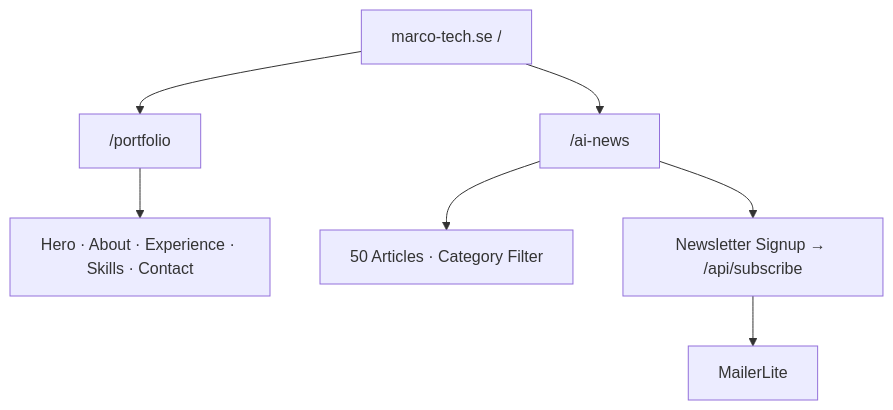
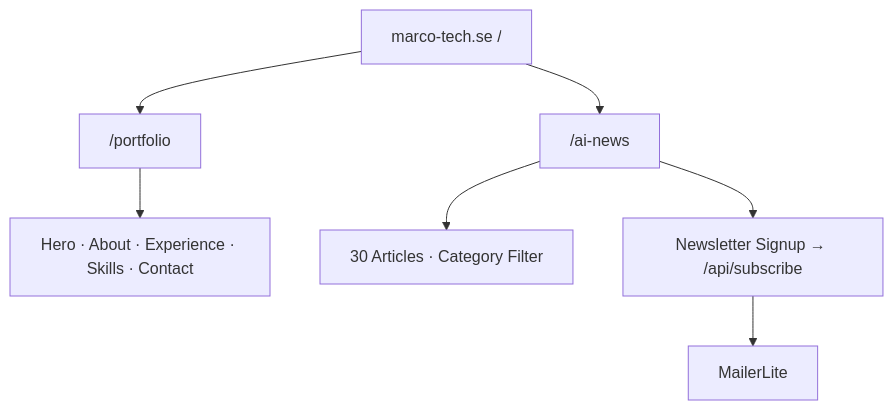
One commit to Marco-Lundh/marcolundh changed the first of 3 diagrams in README.md. Above: the diagram before and after it, drawn with Mermaid. The commit also changed other lines of this file and 3 other files, not shown here.

````diff
--- a/README.md
+++ b/README.md
@@ -35,9 +35,9 @@
 ```mermaid
 graph TD
     A["marco-tech.se /"] --> B["/portfolio"]
     A --> C["/ai-news"]
     B --> D["Hero · About · Experience · Skills · Contact"]
-    C --> E["50 Articles · Category Filter"]
+    C --> E["30 Articles · Category Filter"]
     C --> F["Newsletter Signup → /api/subscribe"]
     F --> G["MailerLite"]
 ```
````
